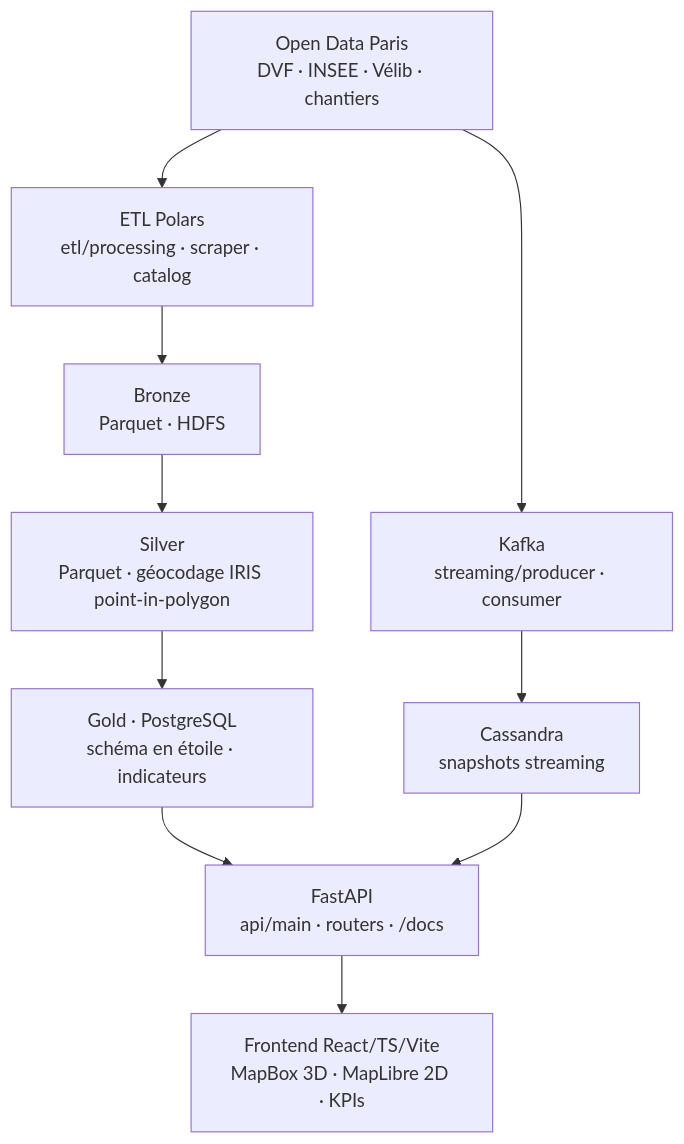
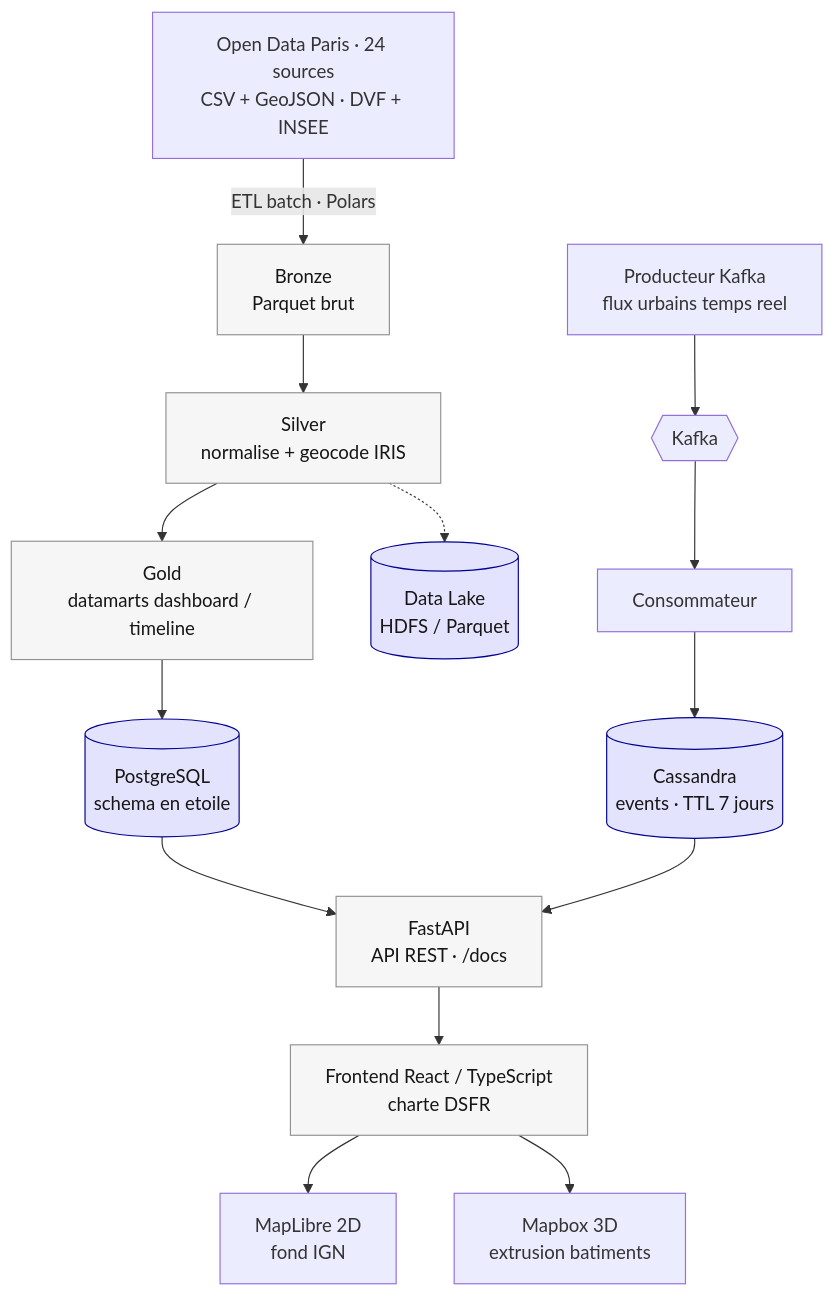
One commit to Adam-Blf/urban-data-explorer changed the diagram in README.md. Above: the diagram before and after it, drawn with Mermaid. The commit also changed other lines of this file and 43 other files, not shown here.

````diff
--- a/README.md
+++ b/README.md
@@ -51,19 +53,21 @@
 ```mermaid
-flowchart TB
-    SRC["Open Data Paris<br/>DVF · INSEE · Vélib · chantiers"]
-    KAFKA["Kafka<br/>streaming/producer · consumer"]
-    ETL["ETL Polars<br/>etl/processing · scraper · catalog"]
-    BRONZE["Bronze<br/>Parquet · HDFS"]
-    SILVER["Silver<br/>Parquet · géocodage IRIS point-in-polygon"]
-    GOLD["Gold · PostgreSQL<br/>schéma en étoile · indicateurs"]
-    CASS["Cassandra<br/>snapshots streaming"]
-    API["FastAPI<br/>api/main · routers · /docs"]
-    FRONT["Frontend React/TS/Vite<br/>MapBox 3D · MapLibre 2D · KPIs"]
+flowchart TD
+    OD["Open Data Paris · 24 sources<br/>CSV + GeoJSON · DVF + INSEE"]
+    OD -->|"ETL batch · Polars"| BRONZE["Bronze<br/>Parquet brut"]
+    BRONZE --> SILVER["Silver<br/>normalise + geocode IRIS"]
+    SILVER --> GOLD["Gold<br/>datamarts dashboard / timeline"]
+    SILVER -.-> LAKE[("Data Lake<br/>HDFS / Parquet")]
+    GOLD --> PG[("PostgreSQL<br/>schema en etoile")]
+    PROD["Producteur Kafka<br/>flux urbains temps reel"] --> KAFKA{{"Kafka"}}
+    KAFKA --> CONS["Consommateur"] --> CASS[("Cassandra<br/>events · TTL 7 jours")]
+    PG --> API["FastAPI<br/>API REST · /docs"]
+    CASS --> API
+    API --> FE["Frontend React / TypeScript<br/>charte DSFR"]
+    FE --> M2["MapLibre 2D<br/>fond IGN"]
+    FE --> M3["Mapbox 3D<br/>extrusion batiments"]
 
-    SRC --> ETL
-    SRC --> KAFKA --> CASS
-    ETL --> BRONZE --> SILVER --> GOLD
-    GOLD --> API
-    CASS --> API
-    API --> FRONT
+    classDef store fill:#e3e3fd,stroke:#000091,color:#161616;
+    classDef proc fill:#f6f6f6,stroke:#929292,color:#161616;
+    class PG,CASS,LAKE store;
+    class BRONZE,SILVER,GOLD,API,FE proc;
 ```
````
